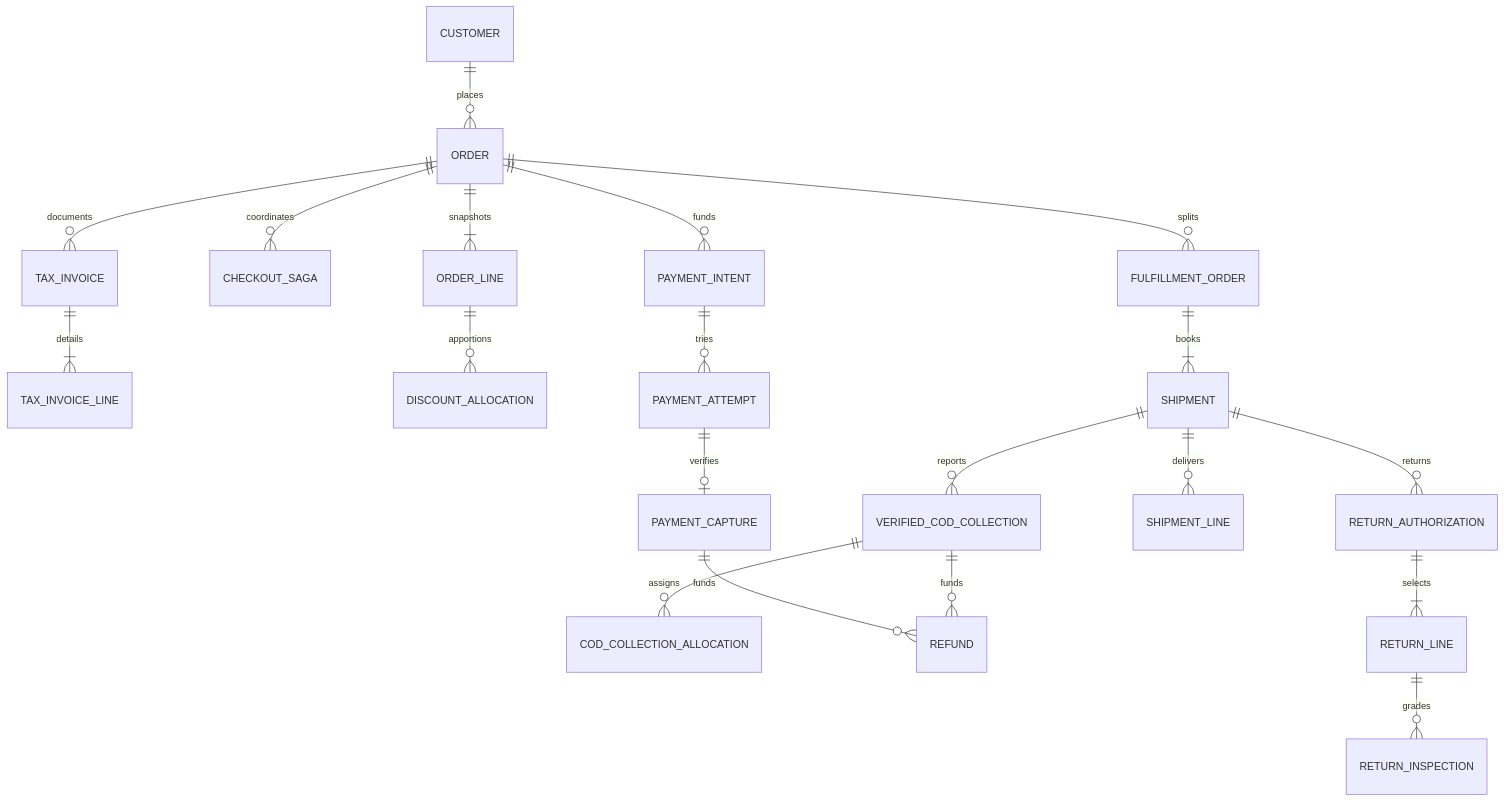
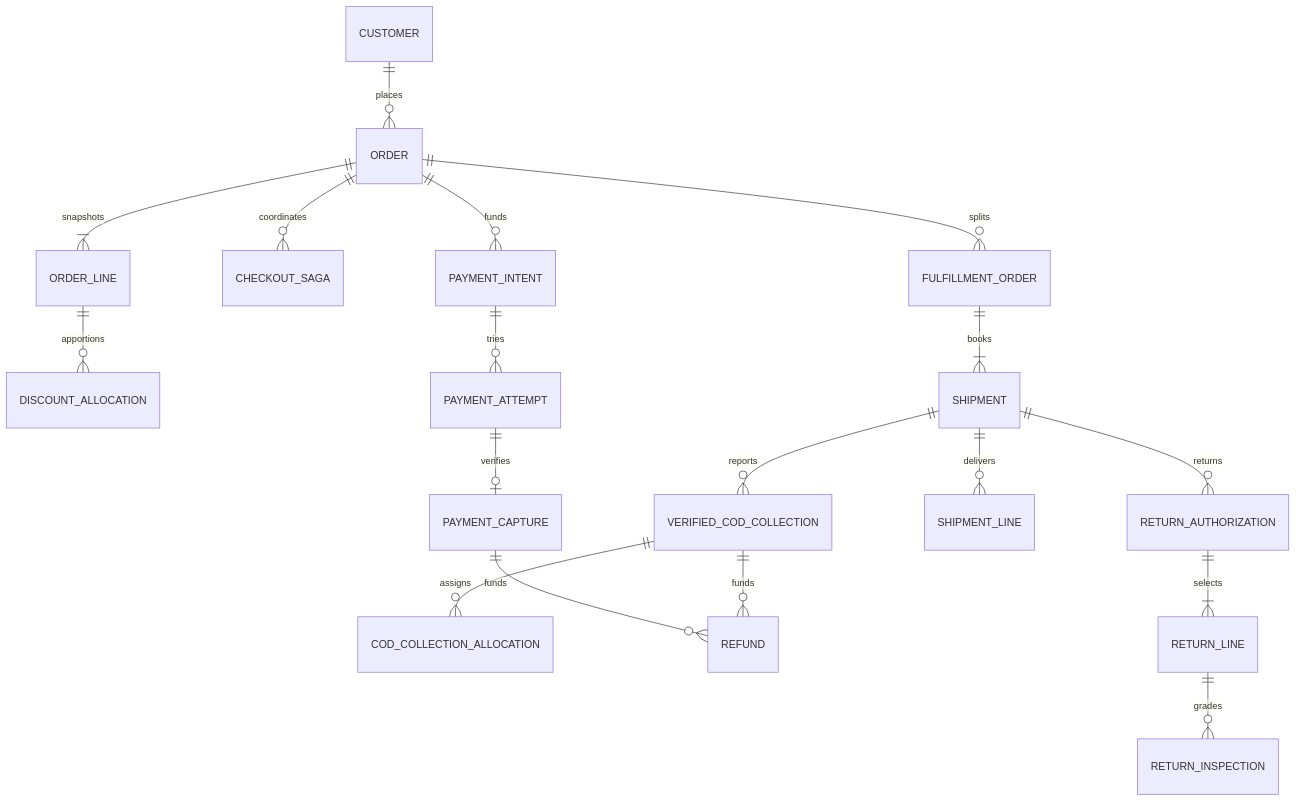
One commit to aarajops/aaraj changed the third of 5 diagrams in docs/architecture/ecommerce-data-model.md. Above: the diagram before and after it, drawn with Mermaid. The commit also changed other lines of this file and 42 other files, not shown here.

````diff
--- a/docs/architecture/ecommerce-data-model.md
+++ b/docs/architecture/ecommerce-data-model.md
@@ -136,22 +136,20 @@
 ```mermaid
 erDiagram
   CUSTOMER ||--o{ ORDER : places
   ORDER ||--|{ ORDER_LINE : snapshots
   ORDER ||--o{ CHECKOUT_SAGA : coordinates
-  ORDER ||--o{ TAX_INVOICE : documents
-  TAX_INVOICE ||--|{ TAX_INVOICE_LINE : details
   ORDER_LINE ||--o{ DISCOUNT_ALLOCATION : apportions
   ORDER ||--o{ PAYMENT_INTENT : funds
   PAYMENT_INTENT ||--o{ PAYMENT_ATTEMPT : tries
   PAYMENT_ATTEMPT ||--o| PAYMENT_CAPTURE : verifies
   SHIPMENT ||--o{ VERIFIED_COD_COLLECTION : reports
   VERIFIED_COD_COLLECTION ||--o{ COD_COLLECTION_ALLOCATION : assigns
   PAYMENT_CAPTURE ||--o{ REFUND : funds
   VERIFIED_COD_COLLECTION ||--o{ REFUND : funds
   ORDER ||--o{ FULFILLMENT_ORDER : splits
   FULFILLMENT_ORDER ||--|{ SHIPMENT : books
   SHIPMENT ||--o{ SHIPMENT_LINE : delivers
   SHIPMENT ||--o{ RETURN_AUTHORIZATION : returns
   RETURN_AUTHORIZATION ||--|{ RETURN_LINE : selects
   RETURN_LINE ||--o{ RETURN_INSPECTION : grades
 ```
````
